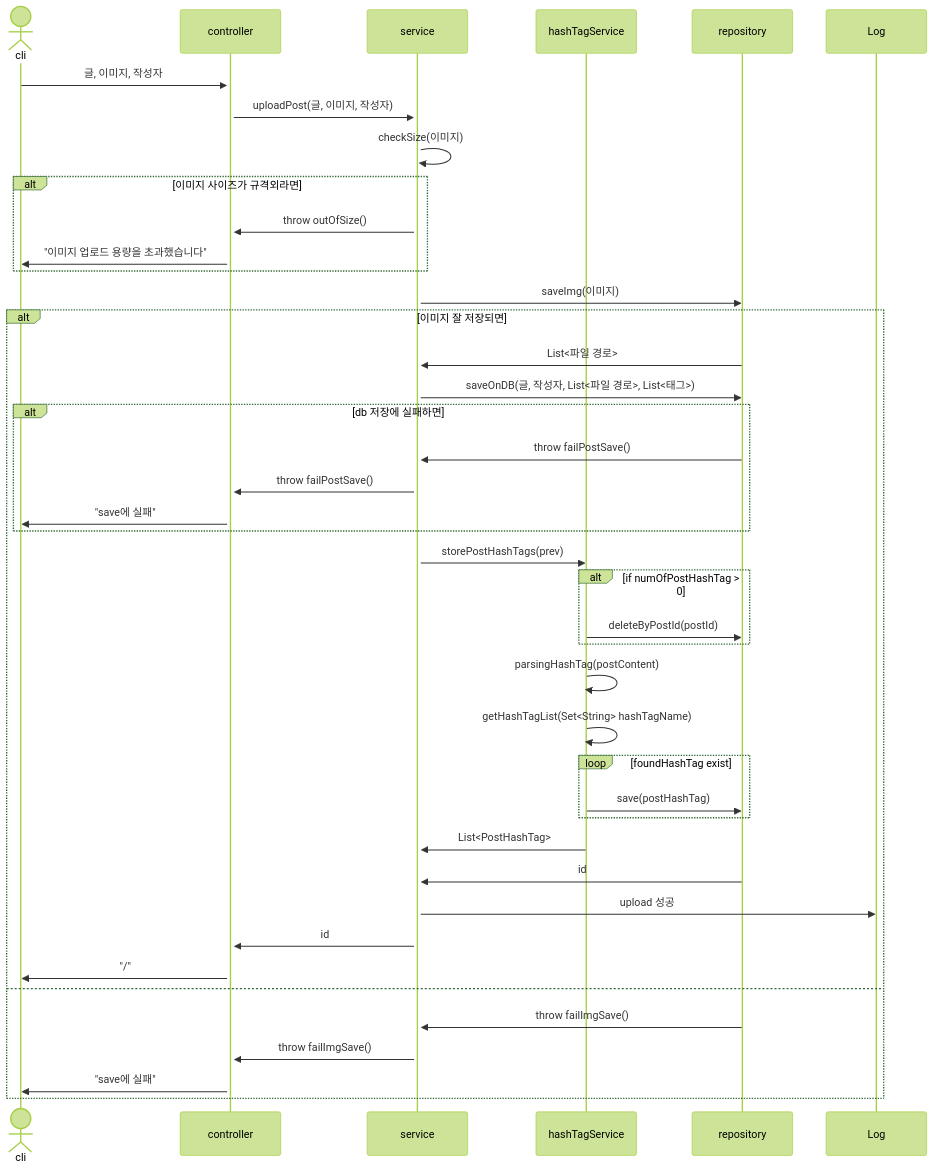
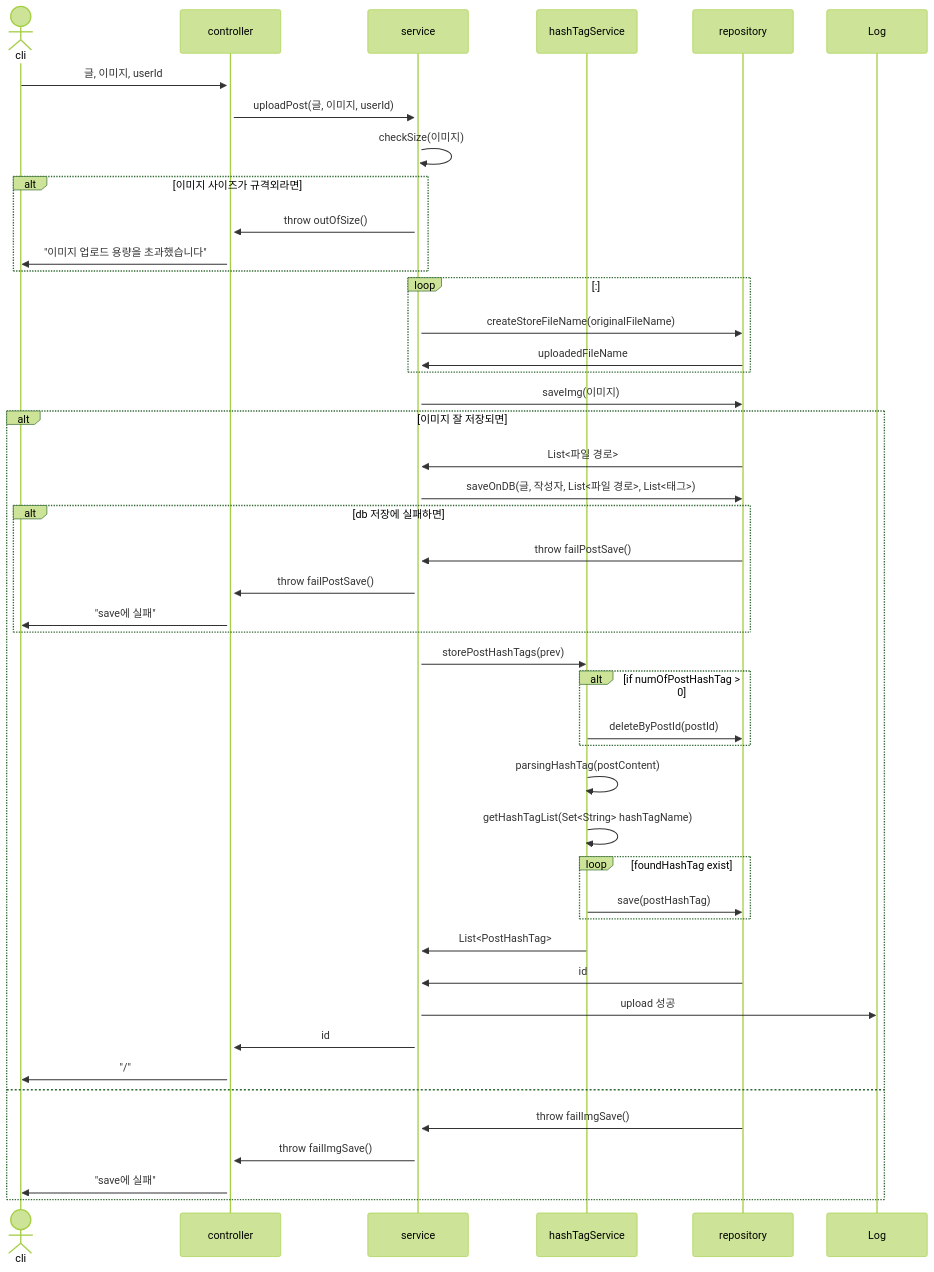
Diagram 15 of 28 in sequence.md (mtak0235/snsX), drawn with Mermaid (forest theme) before and after one commit. The commit also changed other lines of this file, not shown here.

Commit message:
update savePost sequence diagram

````diff
--- a/sequence.md
+++ b/sequence.md
@@ -261,46 +261,50 @@
 ```mermaid
 sequenceDiagram
 actor cli
 participant c as controller
 participant s as service
 participant hashTagService
 participant r as repository
 participant l as Log
 
-cli->>+c: 글, 이미지, 작성자
-c->>+s: uploadPost(글, 이미지, 작성자)
+cli->>+c: 글, 이미지, userId
+c->>+s: uploadPost(글, 이미지, userId)
 s->>s: checkSize(이미지)
 alt 이미지 사이즈가 규격외라면
 s->>c: throw outOfSize()
 c->>cli: "이미지 업로드 용량을 초과했습니다"
+end
+loop:
+s->>r: createStoreFileName(originalFileName)
+r->>s: uploadedFileName
 end
 s->>r: saveImg(이미지)
 alt 이미지 잘 저장되면
 r->>s: List<파일 경로>
 s->>r: saveOnDB(글, 작성자, List<파일 경로>, List<태그>)
 alt db 저장에 실패하면
 r->>s: throw failPostSave()
 s->>c: throw failPostSave()
 c->>cli: "save에 실패"
 end
 s->>hashTagService: storePostHashTags(prev)
 alt if numOfPostHashTag > 0
 hashTagService->>r: deleteByPostId(postId)
 end
 hashTagService->>hashTagService: parsingHashTag(postContent)
 hashTagService->>hashTagService: getHashTagList(Set<String> hashTagName)
 loop foundHashTag exist
 hashTagService->>r: save(postHashTag) 
 end
 hashTagService->>s: List<PostHashTag>
 r->>s: id
 s->>l: upload 성공
 s->>c: id
 c->>cli: "/" 
 else
 r->>s: throw failImgSave()
 s->>c: throw failImgSave()
 c->>cli: "save에 실패"
 
 end
 ```
````
